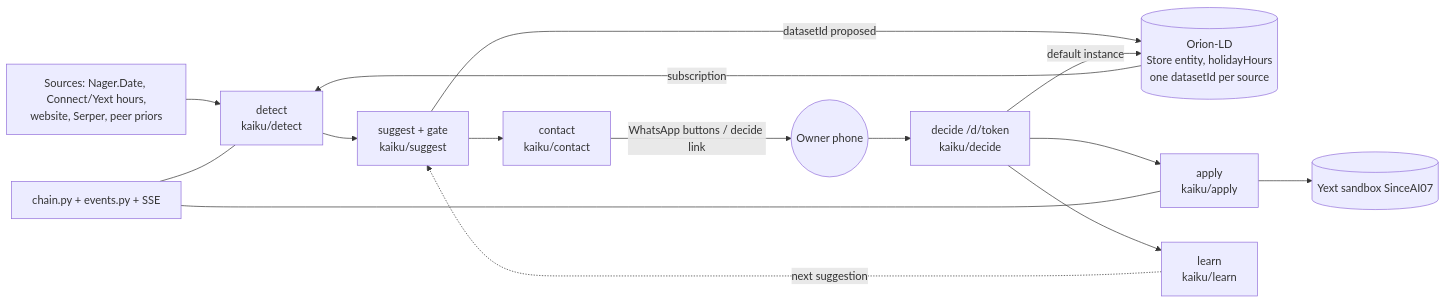
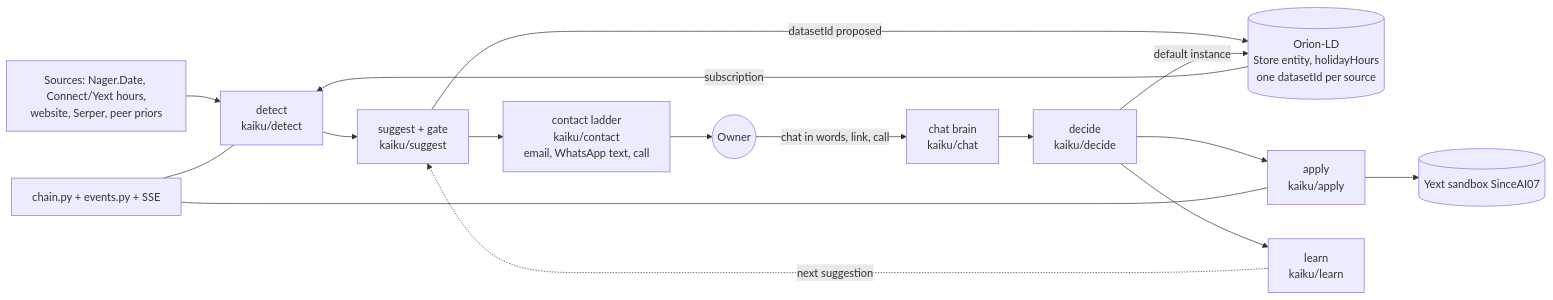
One commit to oroomi/kaiku changed the diagram in ARCHITECTURE.md. Above: the diagram before and after it, drawn with Mermaid. The commit also changed other lines of this file and 8 other files, not shown here.

Commit message:
docs v2: README, ARCHITECTURE, DISCLOSURE, DEMO_SCRIPT, DECK, SUBMISSION true to the live owner page, contact ladder and chat brain

````diff
--- a/ARCHITECTURE.md
+++ b/ARCHITECTURE.md
@@ -4,17 +4,18 @@
 ```mermaid
 flowchart LR
   SRC[Sources: Nager.Date, Connect/Yext hours,\nwebsite, Serper, peer priors] --> DET
   ORION[(Orion-LD\nStore entity, holidayHours\none datasetId per source)] -- subscription --> DET[detect\nkaiku/detect]
   DET --> SUG[suggest + gate\nkaiku/suggest]
   SUG -- datasetId proposed --> ORION
-  SUG --> CON[contact\nkaiku/contact]
-  CON -- WhatsApp buttons / decide link --> OWN((Owner phone))
-  OWN --> DEC[decide /d/token\nkaiku/decide]
+  SUG --> CON[contact ladder\nkaiku/contact\nemail, WhatsApp text, call]
+  CON --> OWN((Owner))
+  OWN -- chat in words, link, call --> BRAIN[chat brain\nkaiku/chat]
+  BRAIN --> DEC[decide\nkaiku/decide]
   DEC -- default instance --> ORION
   DEC --> APP[apply\nkaiku/apply]
   APP --> YEXT[(Yext sandbox SinceAI07)]
   DEC --> LRN[learn\nkaiku/learn]
   LRN -. next suggestion .-> SUG
   CHAIN[chain.py + events.py + SSE] --- DET
   CHAIN --- APP
 ```
````
